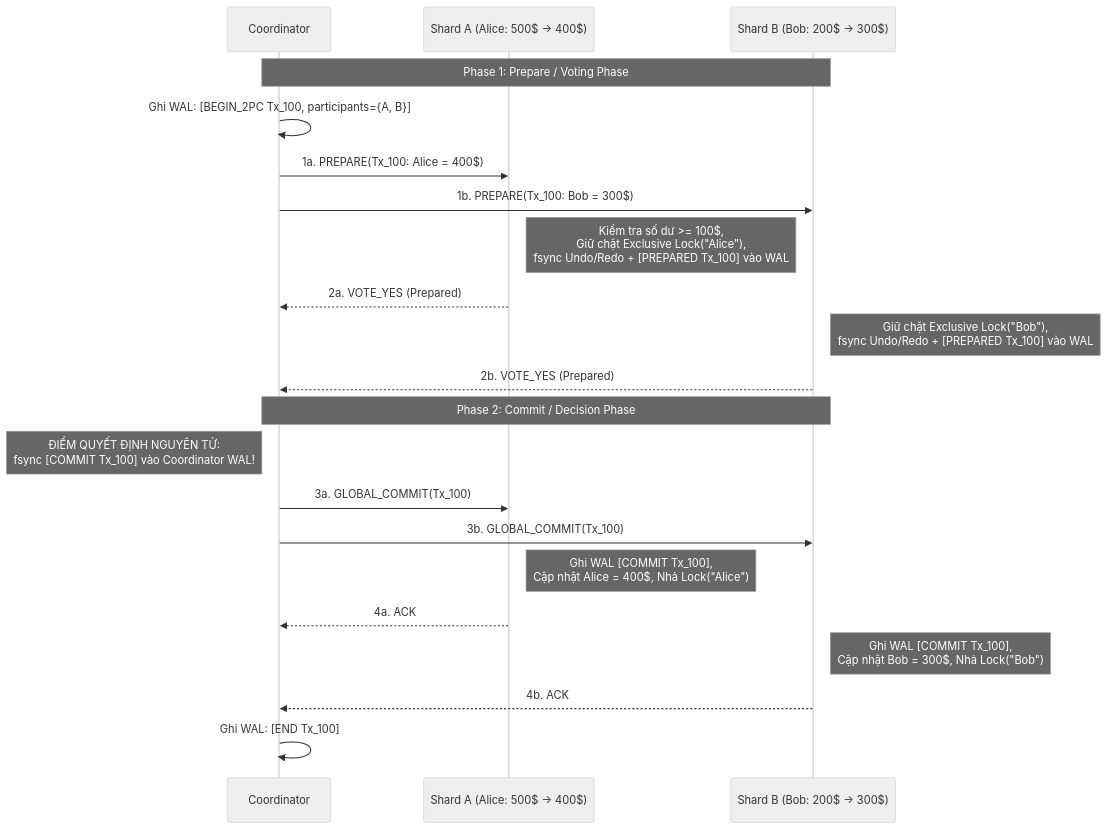
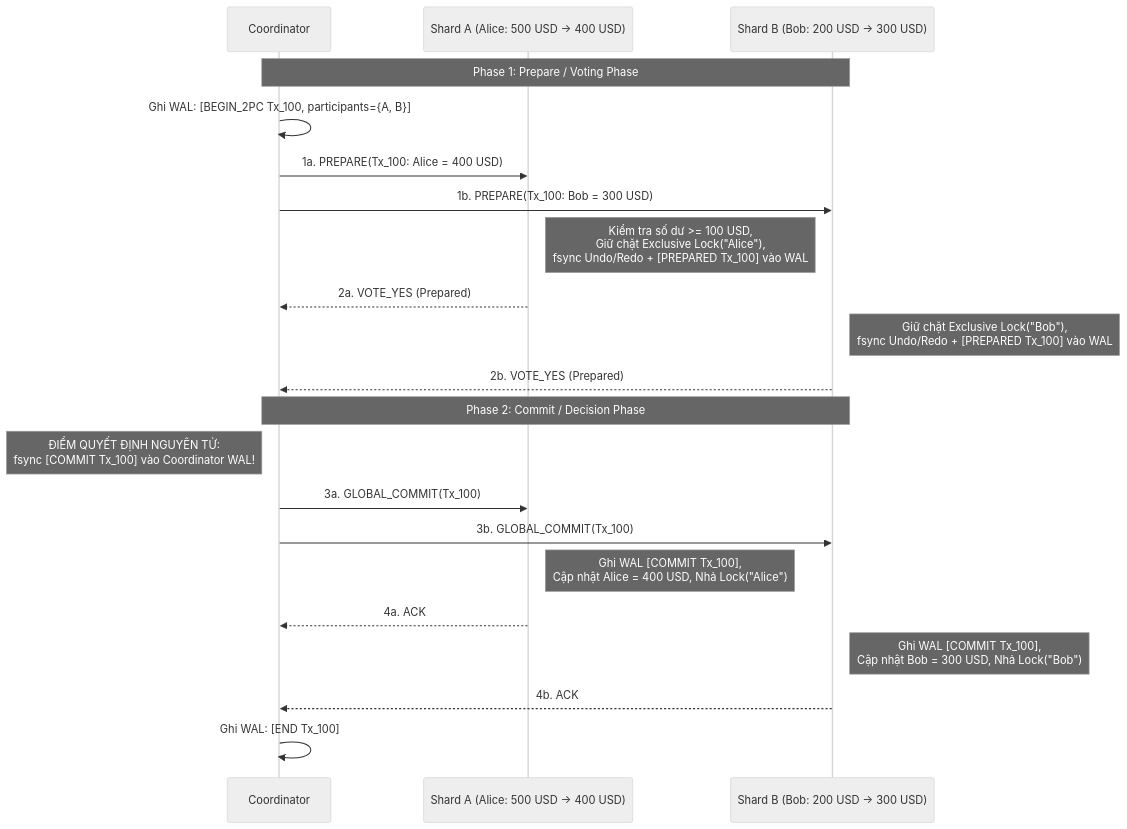
The first of 4 diagrams in docs/Database-Internals-Notes/database-internals-chapter13.vi.md (namaewanam/namaewanam.github.io), drawn with Mermaid (neutral theme) before and after one commit. The commit also changed other lines of this file and 54 other files, not shown here.

Commit message:
docs(database-internals): add beginner guides, glossaries, and diagrams

````diff
--- a/docs/Database-Internals-Notes/database-internals-chapter13.vi.md
+++ b/docs/Database-Internals-Notes/database-internals-chapter13.vi.md
@@ -84,25 +137,25 @@
 ```mermaid
 sequenceDiagram
     participant C as Coordinator
-    participant SA as Shard A (Alice: 500$ -> 400$)
-    participant SB as Shard B (Bob: 200$ -> 300$)
+    participant SA as Shard A (Alice: 500 USD -> 400 USD)
+    participant SB as Shard B (Bob: 200 USD -> 300 USD)
 
     Note over C,SB: Phase 1: Prepare / Voting Phase
     C->>C: Ghi WAL: [BEGIN_2PC Tx_100, participants={A, B}]
-    C->>SA: 1a. PREPARE(Tx_100: Alice = 400$)
-    C->>SB: 1b. PREPARE(Tx_100: Bob = 300$)
-    Note right of SA: Kiểm tra số dư >= 100$,<br/>Giữ chặt Exclusive Lock("Alice"),<br/>fsync Undo/Redo + [PREPARED Tx_100] vào WAL
+    C->>SA: 1a. PREPARE(Tx_100: Alice = 400 USD)
+    C->>SB: 1b. PREPARE(Tx_100: Bob = 300 USD)
+    Note right of SA: Kiểm tra số dư >= 100 USD,<br/>Giữ chặt Exclusive Lock("Alice"),<br/>fsync Undo/Redo + [PREPARED Tx_100] vào WAL
     SA-->>C: 2a. VOTE_YES (Prepared)
     Note right of SB: Giữ chặt Exclusive Lock("Bob"),<br/>fsync Undo/Redo + [PREPARED Tx_100] vào WAL
     SB-->>C: 2b. VOTE_YES (Prepared)
 
     Note over C,SB: Phase 2: Commit / Decision Phase
     Note left of C: ĐIỂM QUYẾT ĐỊNH NGUYÊN TỬ:<br/>fsync [COMMIT Tx_100] vào Coordinator WAL!
     C->>SA: 3a. GLOBAL_COMMIT(Tx_100)
     C->>SB: 3b. GLOBAL_COMMIT(Tx_100)
-    Note right of SA: Ghi WAL [COMMIT Tx_100],<br/>Cập nhật Alice = 400$, Nhả Lock("Alice")
+    Note right of SA: Ghi WAL [COMMIT Tx_100],<br/>Cập nhật Alice = 400 USD, Nhả Lock("Alice")
     SA-->>C: 4a. ACK
-    Note right of SB: Ghi WAL [COMMIT Tx_100],<br/>Cập nhật Bob = 300$, Nhả Lock("Bob")
+    Note right of SB: Ghi WAL [COMMIT Tx_100],<br/>Cập nhật Bob = 300 USD, Nhả Lock("Bob")
     SB-->>C: 4b. ACK
     C->>C: Ghi WAL: [END Tx_100]
 ```
````
